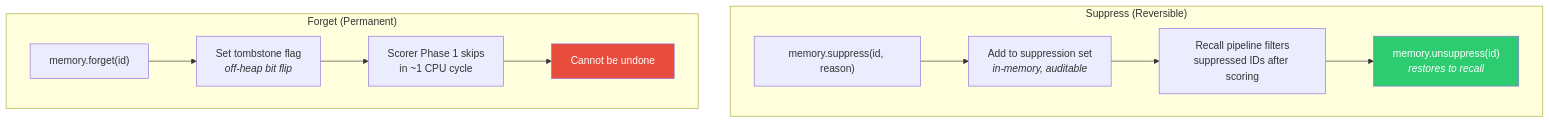
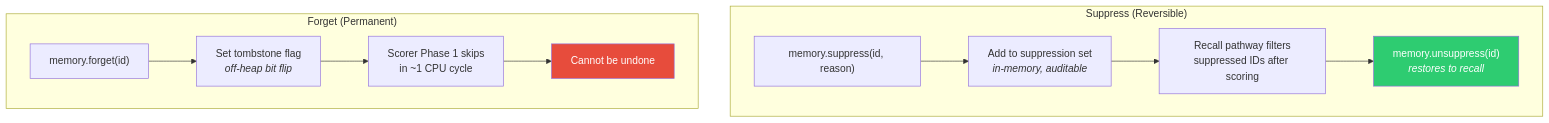
One commit to spectrayan/spector changed the first of 2 diagrams in docs/docs/memory/inhibition.md. Above: the diagram before and after it, drawn with Mermaid. The commit also changed other lines of this file and 23 other files, not shown here.

First line of the commit message:
docs(memory): update terminology from ingestion and recall pipeline to cognitive pathways

````diff
--- a/docs/docs/memory/inhibition.md
+++ b/docs/docs/memory/inhibition.md
@@ -27,17 +27,17 @@
 ```mermaid
 flowchart TD
     subgraph "Suppress (Reversible)"
         S1["memory.suppress(id, reason)"] --> S2["Add to suppression set<br/><i>in-memory, auditable</i>"]
-        S2 --> S3["Recall pipeline filters<br/>suppressed IDs after scoring"]
+        S2 --> S3["Recall pathway filters<br/>suppressed IDs after scoring"]
         S3 --> S4["memory.unsuppress(id)<br/><i>restores to recall</i>"]
     end
 
     subgraph "Forget (Permanent)"
         F1["memory.forget(id)"] --> F2["Set tombstone flag<br/><i>off-heap bit flip</i>"]
         F2 --> F3["Scorer Phase 1 skips<br/>in ~1 CPU cycle"]
         F3 --> F4["Cannot be undone"]
     end
 
     style S4 fill:#2ecc71,color:white
     style F4 fill:#e74c3c,color:white
 ```
````
